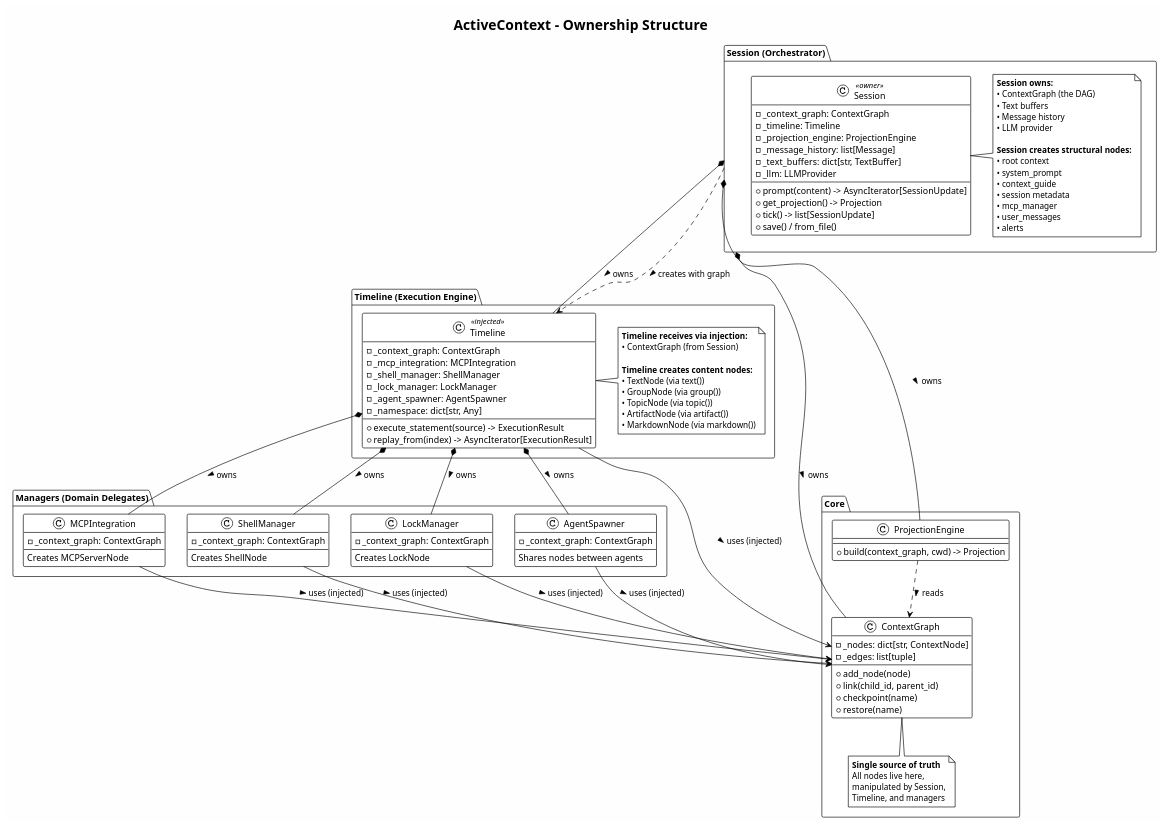
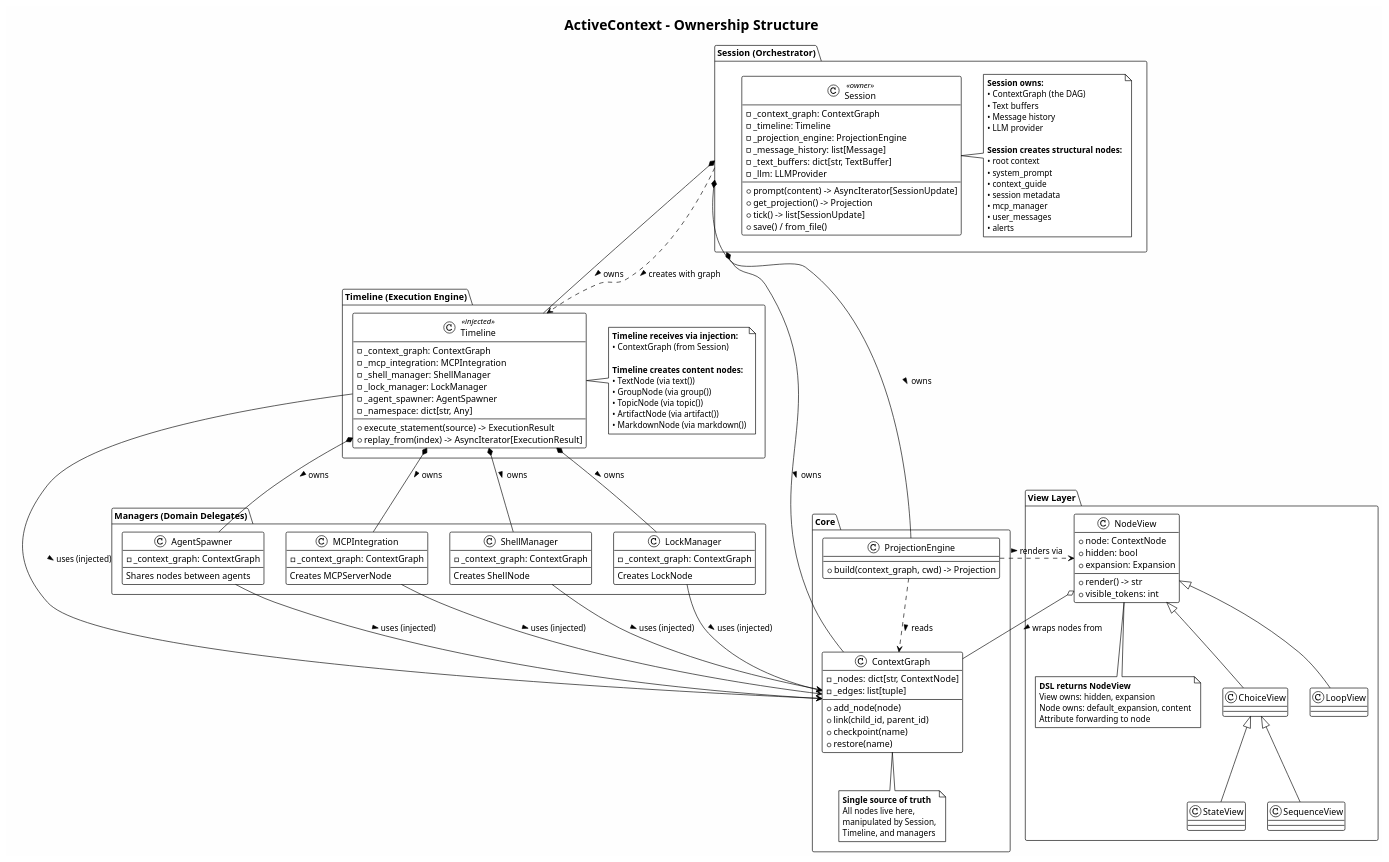
Before and after one commit to Oortonaut/ActiveContext: the diagram in docs/diagrams/activecontext/04-ownership-structure.puml, drawn with PlantUML. The commit also changed 14 other files, not shown here.

First line of the commit message:
Fix documentation drift across prompts, diagrams, and design docs

```diff
--- a/docs/diagrams/activecontext/04-ownership-structure.puml
+++ b/docs/diagrams/activecontext/04-ownership-structure.puml
@@ -1,142 +1,174 @@
 @startuml Ownership_Structure
 !theme plain
 skinparam backgroundColor #FEFEFE
 
 title ActiveContext - Ownership Structure
 
 package "Session (Orchestrator)" as Session {
 
   class Session <<owner>> {
     -_context_graph: ContextGraph
     -_timeline: Timeline
     -_projection_engine: ProjectionEngine
     -_message_history: list[Message]
     -_text_buffers: dict[str, TextBuffer]
     -_llm: LLMProvider
     --
     +prompt(content) -> AsyncIterator[SessionUpdate]
     +get_projection() -> Projection
     +tick() -> list[SessionUpdate]
     +save() / from_file()
   }
 
   note right of Session
     **Session owns:**
     • ContextGraph (the DAG)
     • Text buffers
     • Message history
     • LLM provider
 
     **Session creates structural nodes:**
     • root context
     • system_prompt
     • context_guide
     • session metadata
     • mcp_manager
     • user_messages
     • alerts
   end note
 }
 
 package "Timeline (Execution Engine)" as TimelinePackage {
 
   class Timeline <<injected>> {
     -_context_graph: ContextGraph
     -_mcp_integration: MCPIntegration
     -_shell_manager: ShellManager
     -_lock_manager: LockManager
     -_agent_spawner: AgentSpawner
     -_namespace: dict[str, Any]
     --
     +execute_statement(source) -> ExecutionResult
     +replay_from(index) -> AsyncIterator[ExecutionResult]
   }
 
   note right of Timeline
     **Timeline receives via injection:**
     • ContextGraph (from Session)
 
     **Timeline creates content nodes:**
     • TextNode (via text())
     • GroupNode (via group())
     • TopicNode (via topic())
     • ArtifactNode (via artifact())
     • MarkdownNode (via markdown())
   end note
 }
 
 package "Managers (Domain Delegates)" as Managers {
   class MCPIntegration {
     -_context_graph: ContextGraph
     --
     Creates MCPServerNode
   }
 
   class ShellManager {
     -_context_graph: ContextGraph
     --
     Creates ShellNode
   }
 
   class LockManager {
     -_context_graph: ContextGraph
     --
     Creates LockNode
   }
 
   class AgentSpawner {
     -_context_graph: ContextGraph
     --
     Shares nodes between agents
   }
 }
 
 package "Core" as Core {
   class ContextGraph {
     -_nodes: dict[str, ContextNode]
     -_edges: list[tuple]
     --
     +add_node(node)
     +link(child_id, parent_id)
     +checkpoint(name)
     +restore(name)
   }
 
   class ProjectionEngine {
     --
     +build(context_graph, cwd) -> Projection
   }
 
   note bottom of ContextGraph
     **Single source of truth**
     All nodes live here,
     manipulated by Session,
     Timeline, and managers
   end note
 }
 
+package "View Layer" as ViewPackage {
+  class NodeView {
+    +node: ContextNode
+    +hidden: bool
+    +expansion: Expansion
+    --
+    +render() -> str
+    +visible_tokens: int
+  }
+
+  class ChoiceView
+  class SequenceView
+  class LoopView
+  class StateView
+
+  NodeView <|-- ChoiceView
+  ChoiceView <|-- SequenceView
+  ChoiceView <|-- StateView
+  NodeView <|-- LoopView
+
+  note bottom of NodeView
+    **DSL returns NodeView**
+    View owns: hidden, expansion
+    Node owns: default_expansion, content
+    Attribute forwarding to node
+  end note
+}
+
 ' Ownership relationships
 Session *-- ContextGraph : owns >
 Session *-- Timeline : owns >
 Session *-- ProjectionEngine : owns >
 
 ' Dependency injection
 Session ..> Timeline : creates with graph >
 Timeline --> ContextGraph : uses (injected) >
 
 ' Timeline delegates
 Timeline *-- MCPIntegration : owns >
 Timeline *-- ShellManager : owns >
 Timeline *-- LockManager : owns >
 Timeline *-- AgentSpawner : owns >
 
 ' Managers use graph
 MCPIntegration --> ContextGraph : uses (injected) >
 ShellManager --> ContextGraph : uses (injected) >
 LockManager --> ContextGraph : uses (injected) >
 AgentSpawner --> ContextGraph : uses (injected) >
 
 ' Projection engine reads graph
 ProjectionEngine ..> ContextGraph : reads >
 
+' View layer wraps nodes
+NodeView o-- ContextGraph : wraps nodes from >
+ProjectionEngine ..> NodeView : renders via >
+
 @enduml
```
